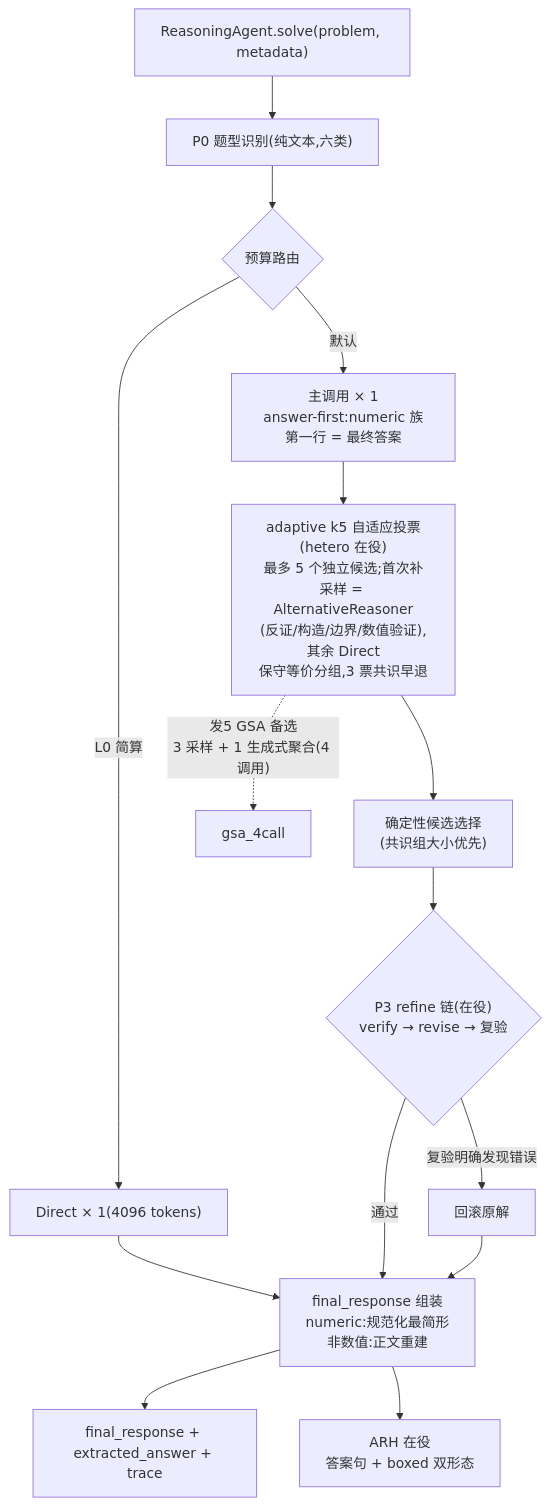
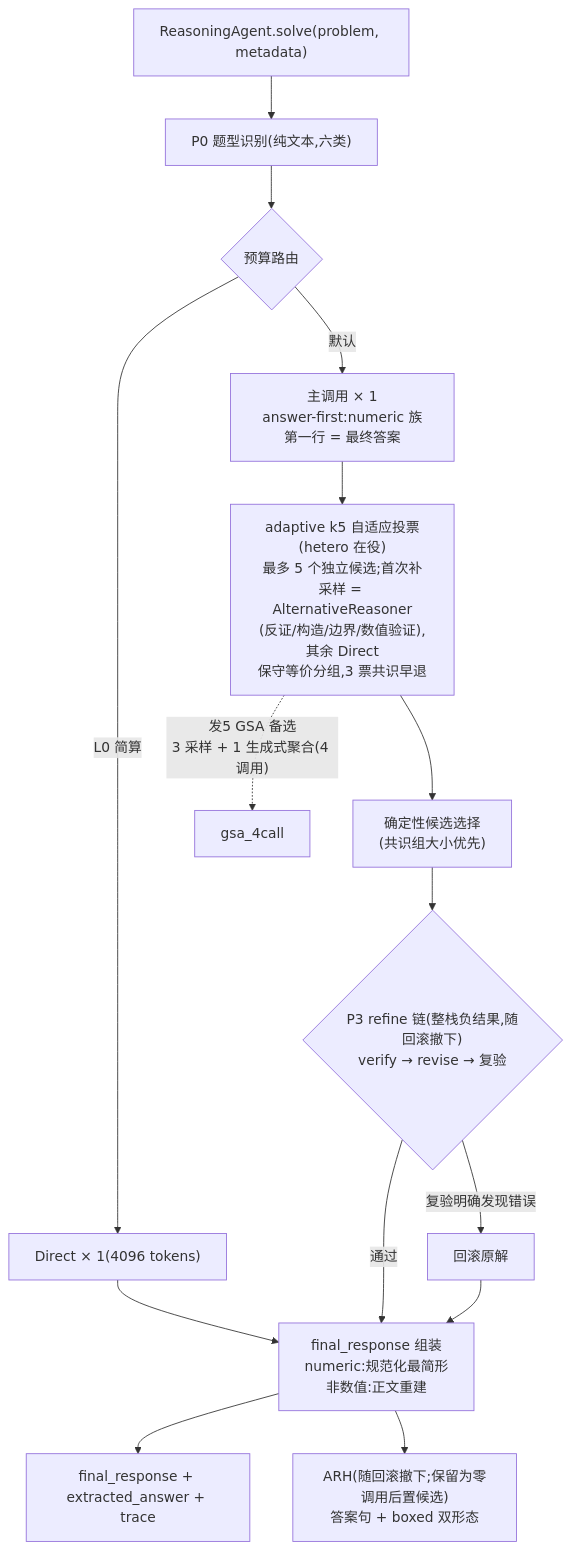
One commit to RUSS0718/Challenge-Cup-2026 changed the first of 2 diagrams in README.md. Above: the diagram before and after it, drawn with Mermaid. The commit also changed other lines of this file and 5 other files, not shown here.

````diff
--- a/README.md
+++ b/README.md
@@ -19,17 +21,17 @@
 ```mermaid
 flowchart TD
     entry["ReasoningAgent.solve(problem, metadata)"] --> classify["P0 题型识别(纯文本,六类)"]
     classify --> route{"预算路由"}
     route -->|"L0 简算"| l0["Direct × 1(4096 tokens)"]
     route -->|"默认"| main1["主调用 × 1<br/>answer-first:numeric 族第一行 = 最终答案"]
     l0 --> finalize
     main1 --> vote["adaptive k5 自适应投票(hetero 在役)<br/>最多 5 个独立候选;首次补采样 = AlternativeReasoner<br/>(反证/构造/边界/数值验证),其余 Direct<br/>保守等价分组,3 票共识早退"]
     vote --> select["确定性候选选择<br/>(共识组大小优先)"]
-    select --> refine{"P3 refine 链(在役)<br/>verify → revise → 复验"}
+    select --> refine{"P3 refine 链(整栈负结果,随回滚撤下)<br/>verify → revise → 复验"}
     refine -->|"复验明确发现错误"| rollback["回滚原解"]
     refine -->|"通过"| finalize["final_response 组装<br/>numeric:规范化最简形<br/>非数值:正文重建"]
     rollback --> finalize
     finalize --> out["final_response + extracted_answer + trace"]
     vote -. "发5 GSA 备选<br/>3 采样 + 1 生成式聚合(4 调用)" .-> gsa["gsa_4call"]
-    finalize --> arh["ARH 在役<br/>答案句 + boxed 双形态"]
+    finalize --> arh["ARH(随回滚撤下;保留为零调用后置候选)<br/>答案句 + boxed 双形态"]
 ```
````
